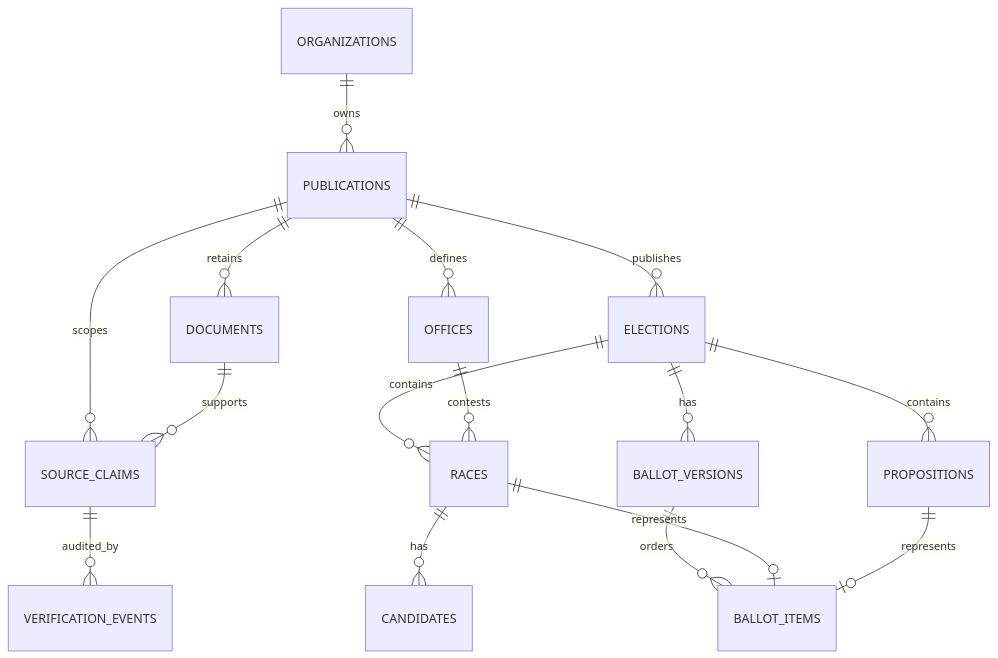
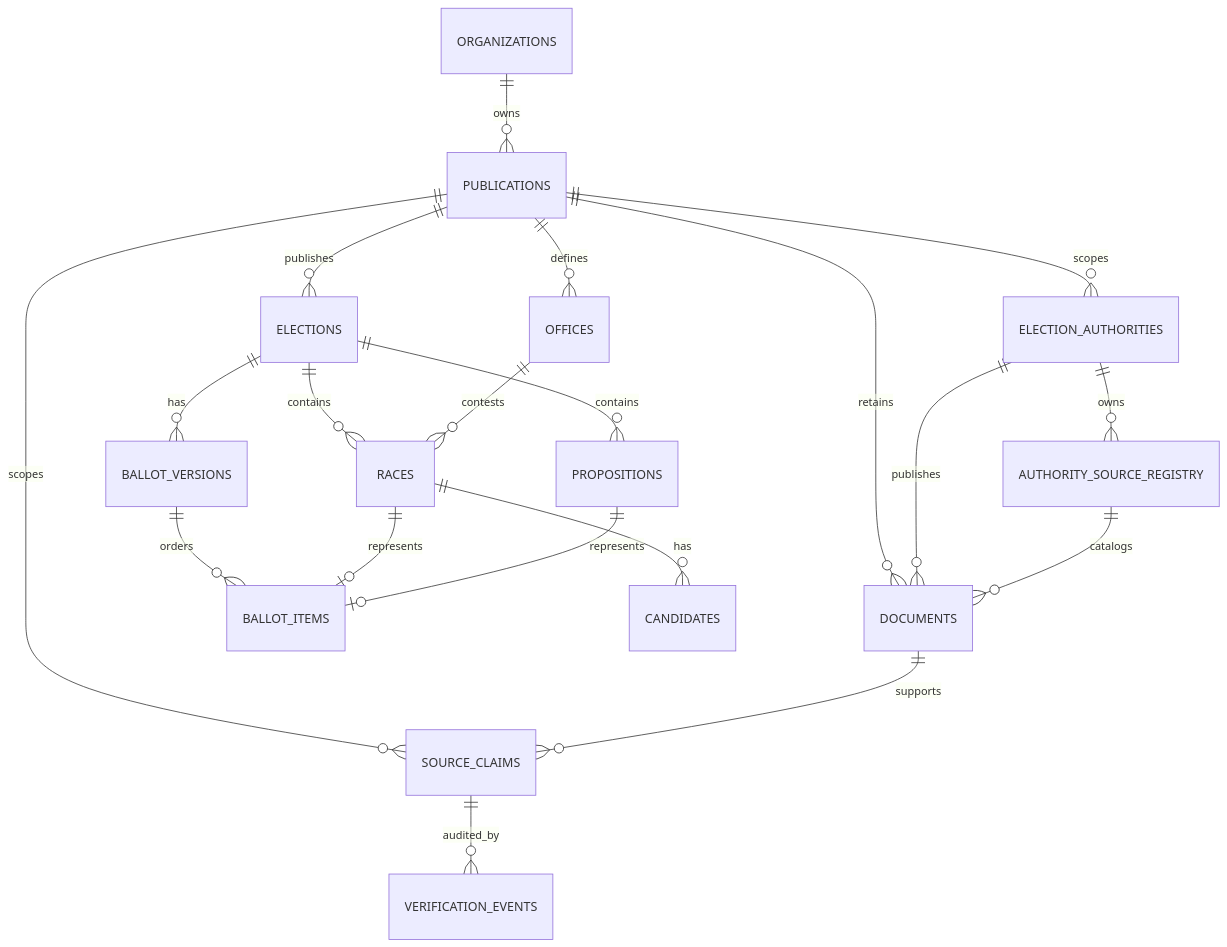
The diagram in docs/PROVENANCE_SCHEMA.md (xavierwells/BallotApp), drawn with Mermaid before and after one commit. The commit also changed other lines of this file and 18 other files, not shown here.

````diff
--- a/docs/PROVENANCE_SCHEMA.md
+++ b/docs/PROVENANCE_SCHEMA.md
@@ -17,18 +17,22 @@
 ```mermaid
 erDiagram
     ORGANIZATIONS ||--o{ PUBLICATIONS : owns
     PUBLICATIONS ||--o{ DOCUMENTS : retains
+    PUBLICATIONS ||--o{ ELECTION_AUTHORITIES : scopes
+    ELECTION_AUTHORITIES ||--o{ AUTHORITY_SOURCE_REGISTRY : owns
+    ELECTION_AUTHORITIES ||--o{ DOCUMENTS : publishes
+    AUTHORITY_SOURCE_REGISTRY ||--o{ DOCUMENTS : catalogs
     PUBLICATIONS ||--o{ ELECTIONS : publishes
     PUBLICATIONS ||--o{ OFFICES : defines
     PUBLICATIONS ||--o{ SOURCE_CLAIMS : scopes
     ELECTIONS ||--o{ RACES : contains
     OFFICES ||--o{ RACES : contests
     ELECTIONS ||--o{ PROPOSITIONS : contains
     ELECTIONS ||--o{ BALLOT_VERSIONS : has
     BALLOT_VERSIONS ||--o{ BALLOT_ITEMS : orders
     RACES ||--o{ CANDIDATES : has
     RACES ||--o| BALLOT_ITEMS : represents
     PROPOSITIONS ||--o| BALLOT_ITEMS : represents
     DOCUMENTS ||--o{ SOURCE_CLAIMS : supports
     SOURCE_CLAIMS ||--o{ VERIFICATION_EVENTS : audited_by
 ```
````
